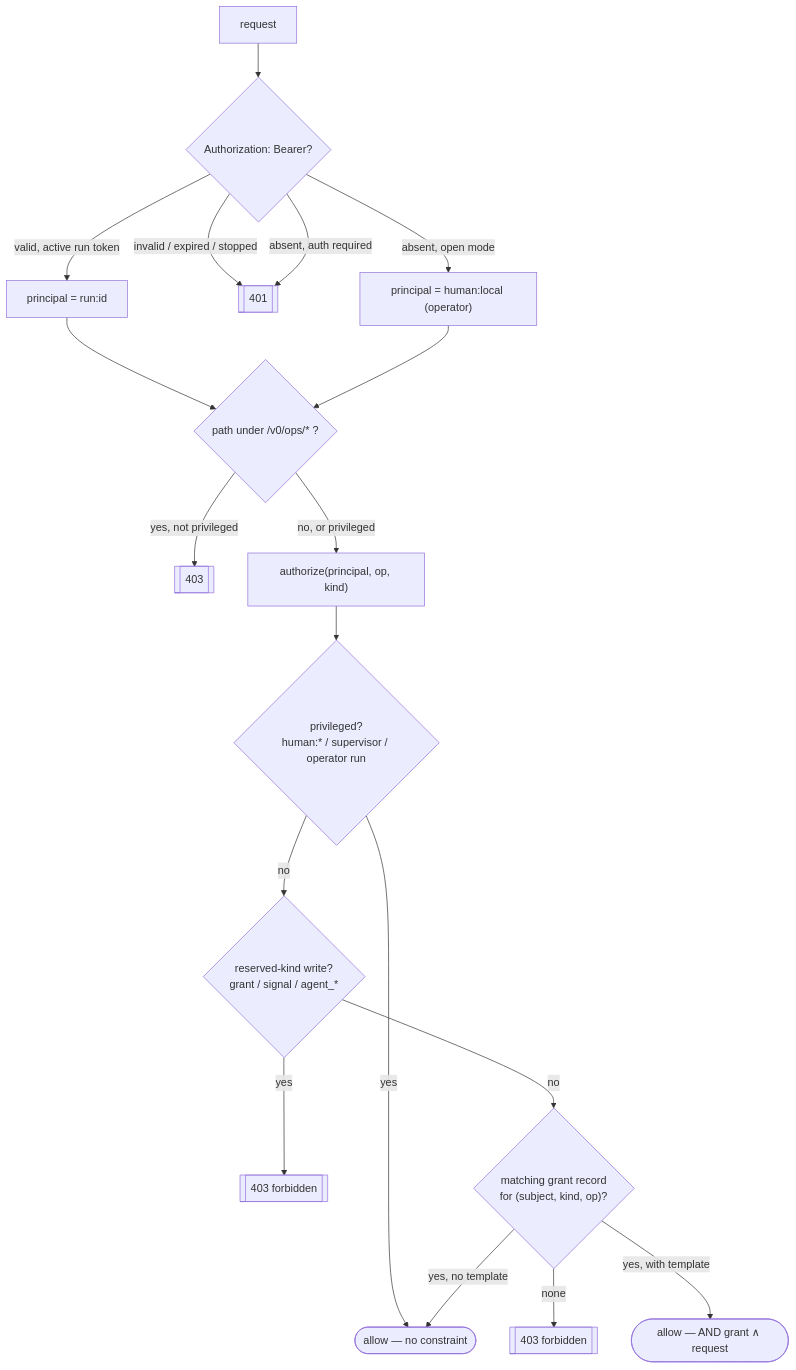
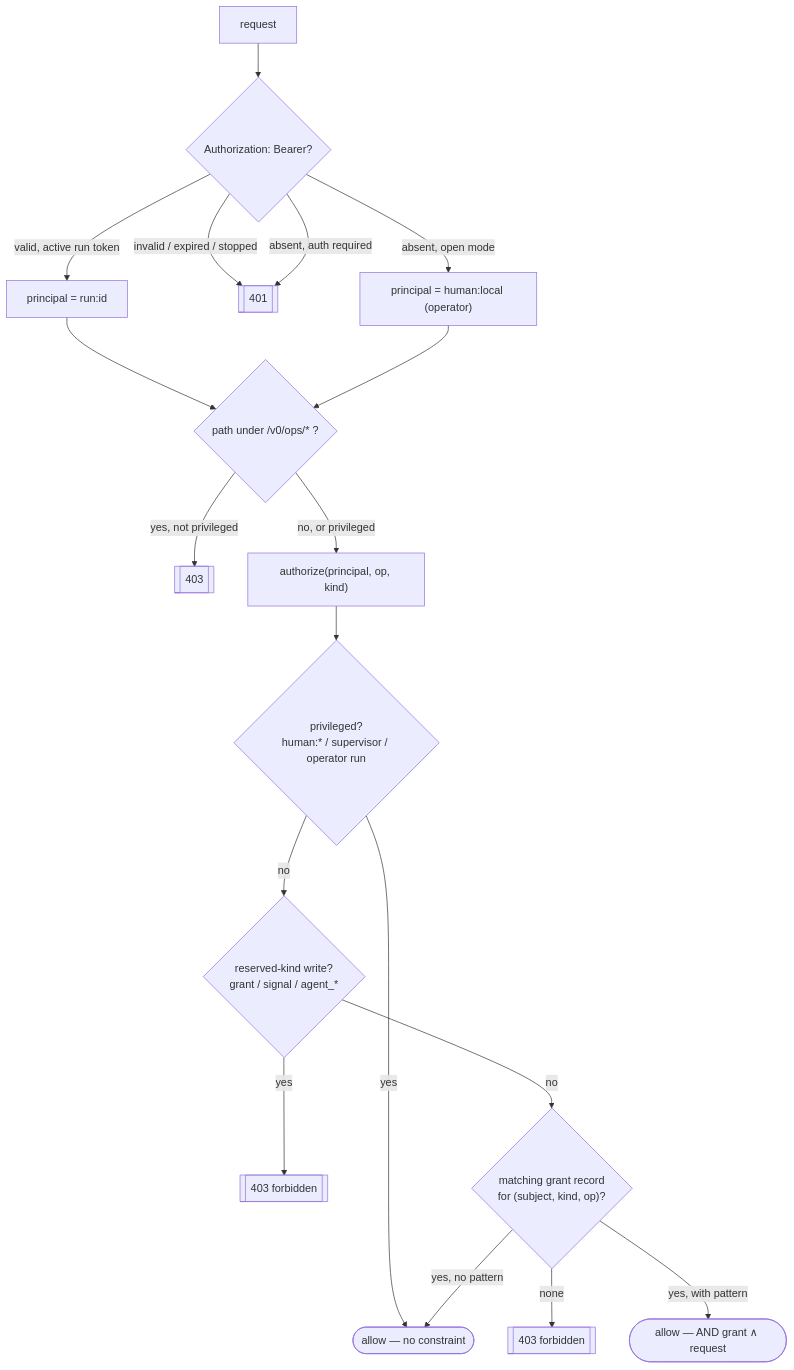
The third of 5 diagrams in agent_docs/design-auth.md (wistrand/radia), drawn with Mermaid before and after one commit. The commit also changed other lines of this file and 82 other files, not shown here.

````diff
--- a/agent_docs/design-auth.md
+++ b/agent_docs/design-auth.md
@@ -211,20 +211,20 @@
 ```mermaid
 flowchart TD
     Req[request] --> B{"Authorization: Bearer?"}
     B -->|"valid, active run token"| Prin["principal = run:id"]
     B -->|"invalid / expired / stopped"| E401[["401"]]
     B -->|"absent, auth required"| E401
     B -->|"absent, open mode"| Oper["principal = human:local (operator)"]
     Prin --> Ops
     Oper --> Ops
     Ops{"path under /v0/ops/* ?"} -->|"yes, not privileged"| E403a[["403"]]
     Ops -->|"no, or privileged"| Az["authorize(principal, op, kind)"]
     Az --> Priv{"privileged?<br/>human:* / supervisor / operator run"}
     Priv -->|"yes"| Allow(["allow — no constraint"])
     Priv -->|"no"| Res{"reserved-kind write?<br/>grant / signal / agent_*"}
     Res -->|"yes"| E403b[["403 forbidden"]]
     Res -->|"no"| Grant{"matching grant record<br/>for (subject, kind, op)?"}
     Grant -->|"none"| E403c[["403 forbidden"]]
-    Grant -->|"yes, no template"| Allow
-    Grant -->|"yes, with template"| AllowT(["allow — AND grant ∧ request"])
+    Grant -->|"yes, no pattern"| Allow
+    Grant -->|"yes, with pattern"| AllowT(["allow — AND grant ∧ request"])
 ```
````
